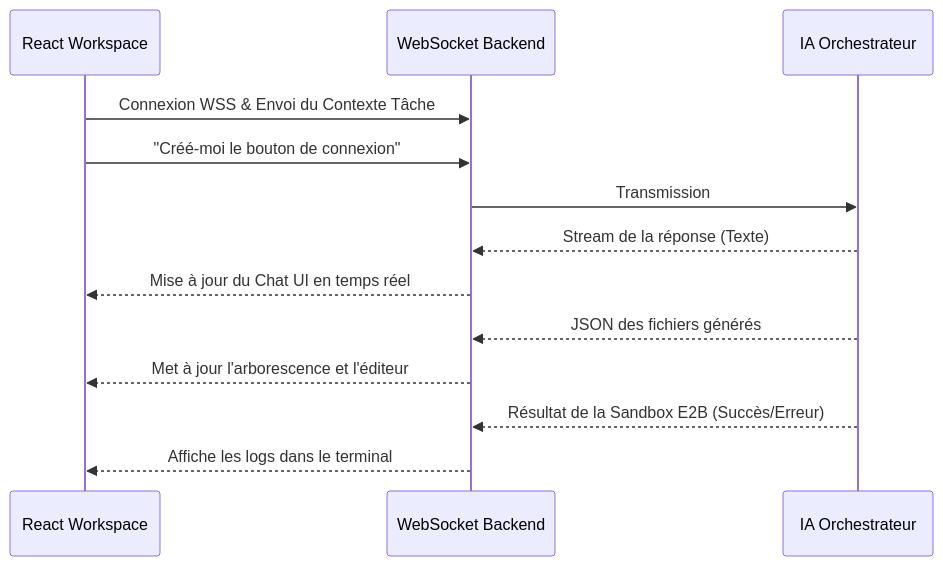
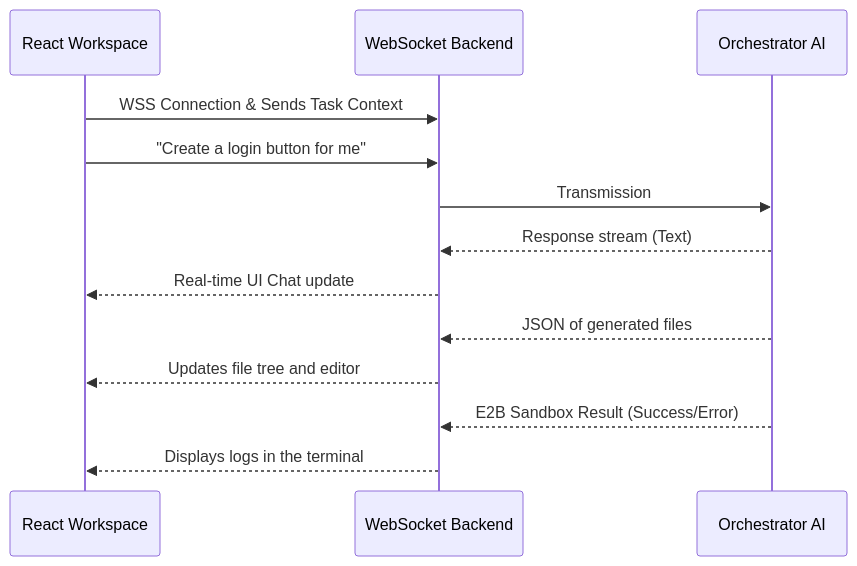
Before and after one commit to ABDELALIKHOLTY/TeraSprint: the second of 2 diagrams in frontend/README.md, drawn with Mermaid. The commit also changed other lines of this file and 2 other files, not shown here.

````diff
--- a/frontend/README.md
+++ b/frontend/README.md
@@ -49,19 +49,19 @@
 ```mermaid
 sequenceDiagram
     participant UI as React Workspace
     participant WS as WebSocket Backend
-    participant Agent as IA Orchestrateur
+    participant Agent as Orchestrator AI
 
-    UI->>WS: Connexion WSS & Envoi du Contexte Tâche
-    UI->>WS: "Créé-moi le bouton de connexion"
+    UI->>WS: WSS Connection & Sends Task Context
+    UI->>WS: "Create a login button for me"
     WS->>Agent: Transmission
     
-    Agent-->>WS: Stream de la réponse (Texte)
-    WS-->>UI: Mise à jour du Chat UI en temps réel
+    Agent-->>WS: Response stream (Text)
+    WS-->>UI: Real-time UI Chat update
     
-    Agent-->>WS: JSON des fichiers générés
-    WS-->>UI: Met à jour l'arborescence et l'éditeur
+    Agent-->>WS: JSON of generated files
+    WS-->>UI: Updates file tree and editor
     
-    Agent-->>WS: Résultat de la Sandbox E2B (Succès/Erreur)
-    WS-->>UI: Affiche les logs dans le terminal
+    Agent-->>WS: E2B Sandbox Result (Success/Error)
+    WS-->>UI: Displays logs in the terminal
 ```
````
